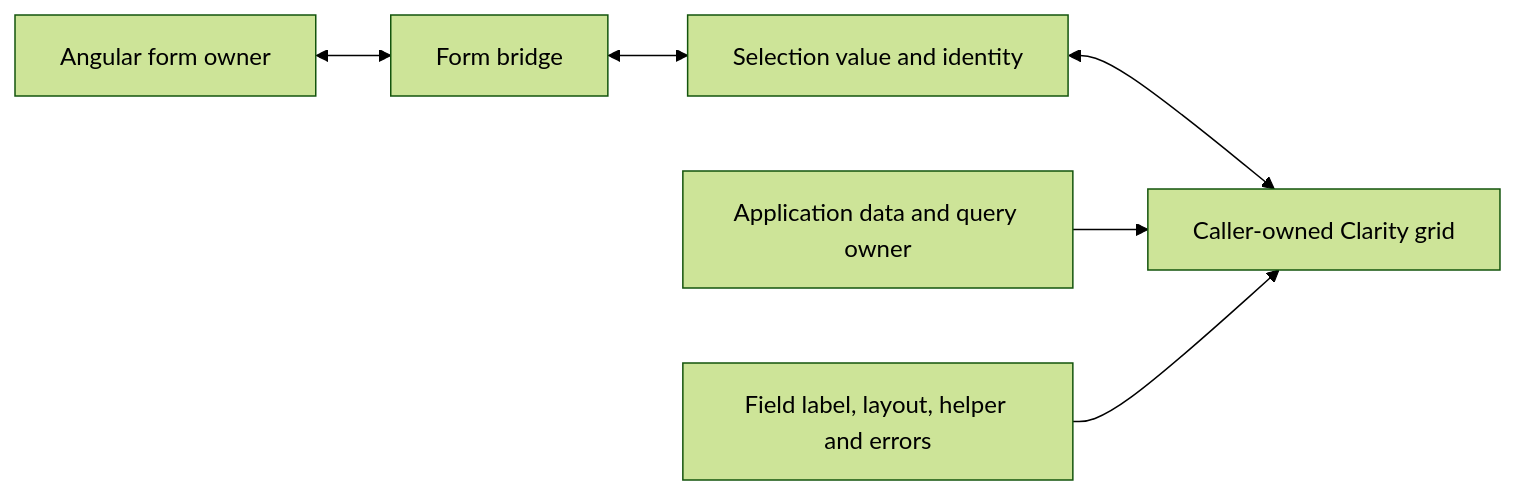
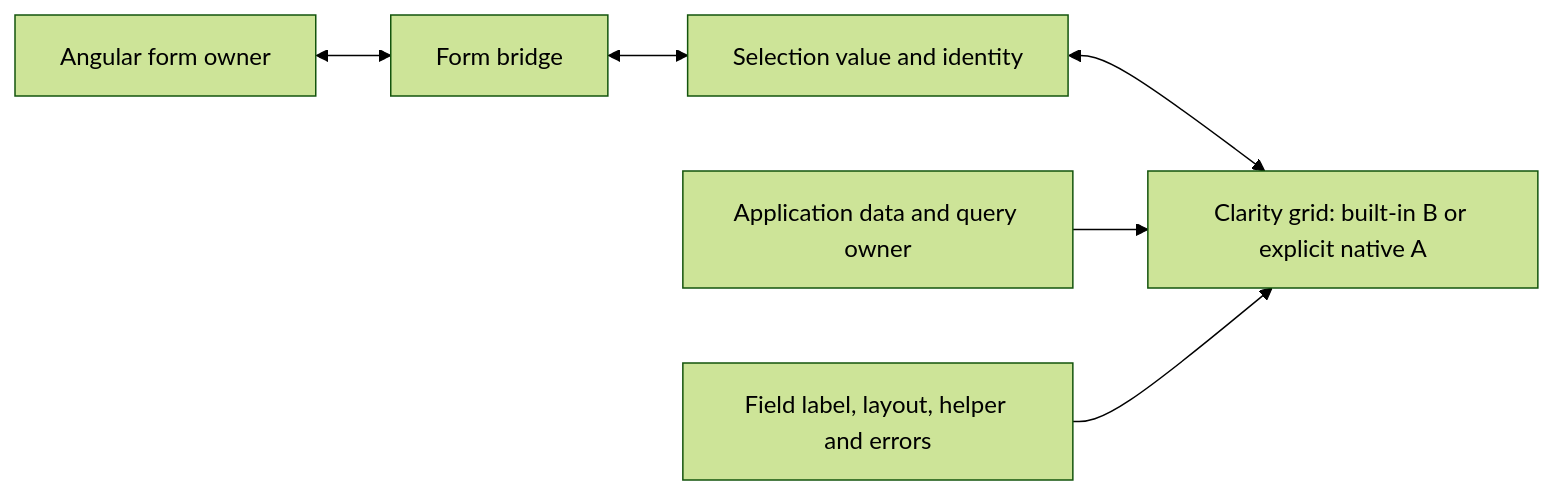
One commit to wghglory/ngx-lift-workspace changed the diagram in docs/design/clr-lift/datagrid-selection-design-spec.md. Above: the diagram before and after it, drawn with Mermaid (forest theme). The commit also changed other lines of this file and 2 other files, not shown here.

Commit message:
docs(clr-lift): make built-in grid the default selection view

````diff
--- a/docs/design/clr-lift/datagrid-selection-design-spec.md
+++ b/docs/design/clr-lift/datagrid-selection-design-spec.md
@@ -593,8 +881,8 @@
 ```mermaid
 flowchart LR
   F[Angular form owner] <--> B[Form bridge]
   B <--> S[Selection value and identity]
-  S <--> G[Caller-owned Clarity grid]
+  S <--> G[Clarity grid: built-in B or explicit native A]
   A[Application data and query owner] --> G
   L[Field label, layout, helper and errors] --> G
 ```
````
